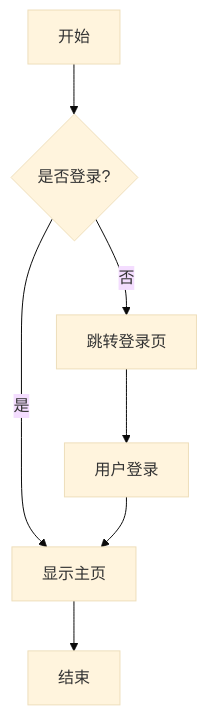
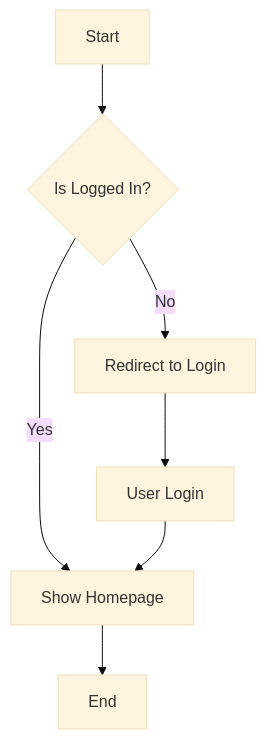
The first of 3 diagrams in example.md (cheneypan/markdown-viewer), drawn with Mermaid (base theme) before and after one commit. The commit also changed other lines of this file, not shown here.

````diff
--- a/example.md
+++ b/example.md
@@ -37,9 +37,9 @@
 ```mermaid
 graph TD
-    A[开始] --> B{是否登录?}
-    B -->|是| C[显示主页]
-    B -->|否| D[跳转登录页]
-    D --> E[用户登录]
+    A[Start] --> B{Is Logged In?}
+    B -->|Yes| C[Show Homepage]
+    B -->|No| D[Redirect to Login]
+    D --> E[User Login]
     E --> C
-    C --> F[结束]
+    C --> F[End]
 ```
````
